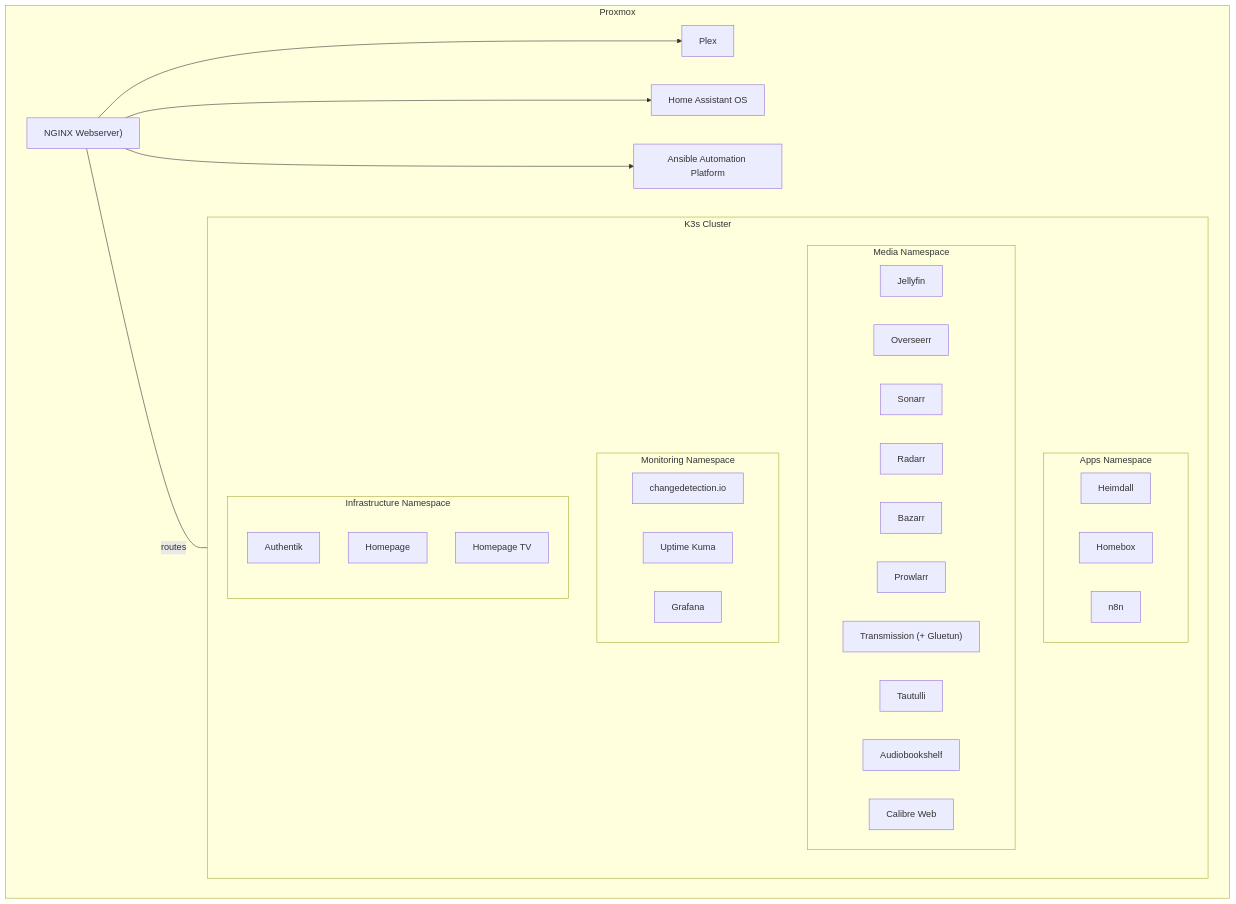
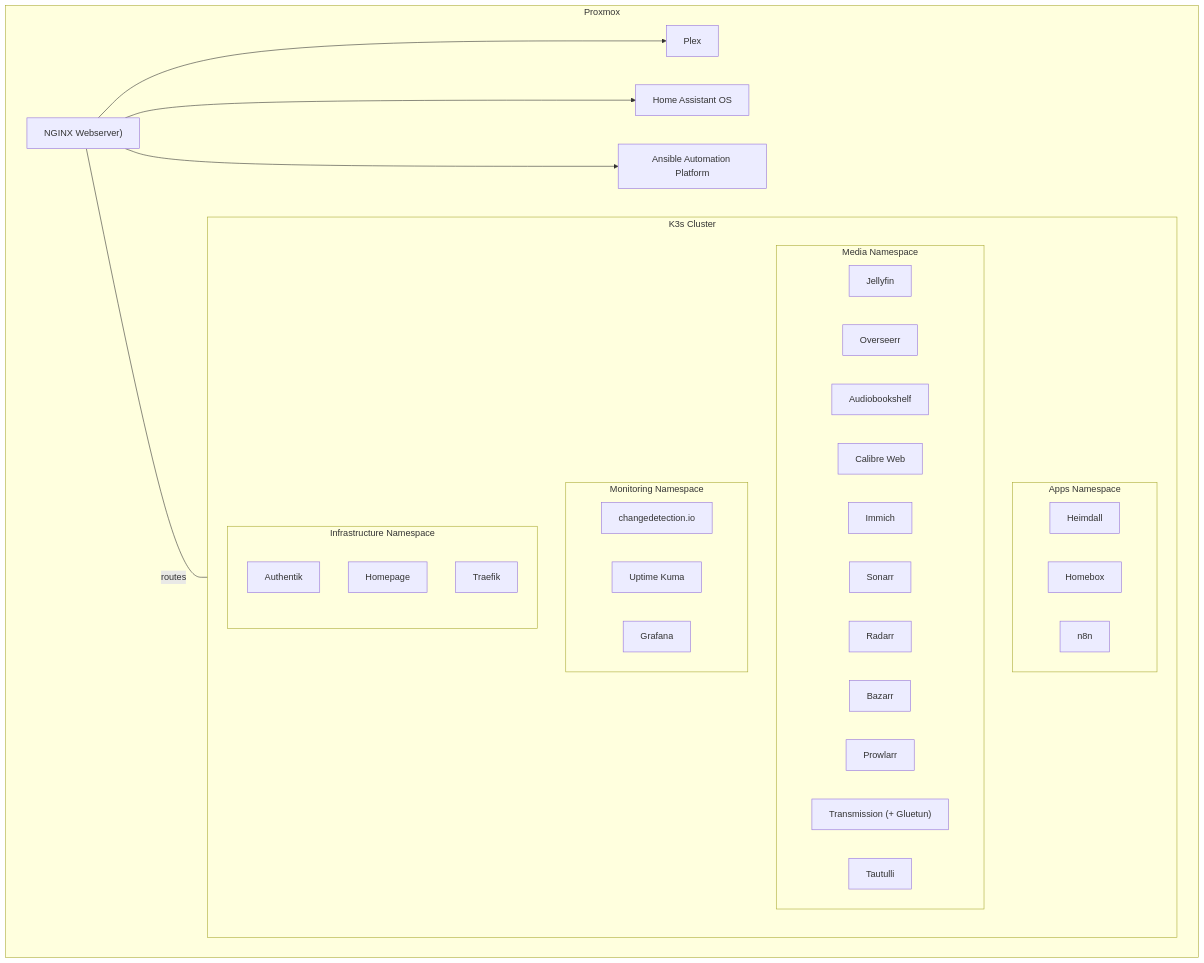
One commit to romanpeters/k3s changed the diagram in README.md. Above: the diagram before and after it, drawn with Mermaid. The commit also changed 1 other file, not shown here.

Commit message:
Change media groups

````diff
--- a/README.md
+++ b/README.md
@@ -36,47 +36,48 @@
 ```mermaid
 flowchart TB
   subgraph "Proxmox"
     subgraph k3s["K3s Cluster"]
       subgraph "Apps Namespace"
         heimdall["Heimdall"]
         homebox["Homebox"]
         n8n["n8n"]
       end
 
       subgraph "Media Namespace"
         jellyfin["Jellyfin"]
         overseerr["Overseerr"]
+        audiobookshelf["Audiobookshelf"]
+        calibre["Calibre Web"]
+        immich["Immich"]
         sonarr["Sonarr"]
         radarr["Radarr"]
         bazarr["Bazarr"]
         prowlarr["Prowlarr"]
         transmission["Transmission (+ Gluetun)"]
         tautulli["Tautulli"]
-        audiobookshelf["Audiobookshelf"]
-        calibre["Calibre Web"]
       end
 
       subgraph "Monitoring Namespace"
         changedetection["changedetection.io"]
         uptime["Uptime Kuma"]
         grafana["Grafana"]
       end
 
       subgraph "Infrastructure Namespace"
         authentik["Authentik"]
         homepage["Homepage"]
-        homepage_tv["Homepage TV"]
+        traefik["Traefik"]
       end
     end
 
     nginx["NGINX Webserver)"]
     plex["Plex"]
     ha["Home Assistant OS"]
     ansible["Ansible Automation Platform"]
 
     nginx ---|routes| k3s
     nginx --> plex
     nginx --> ha
     nginx --> ansible
   end
 ```
````
